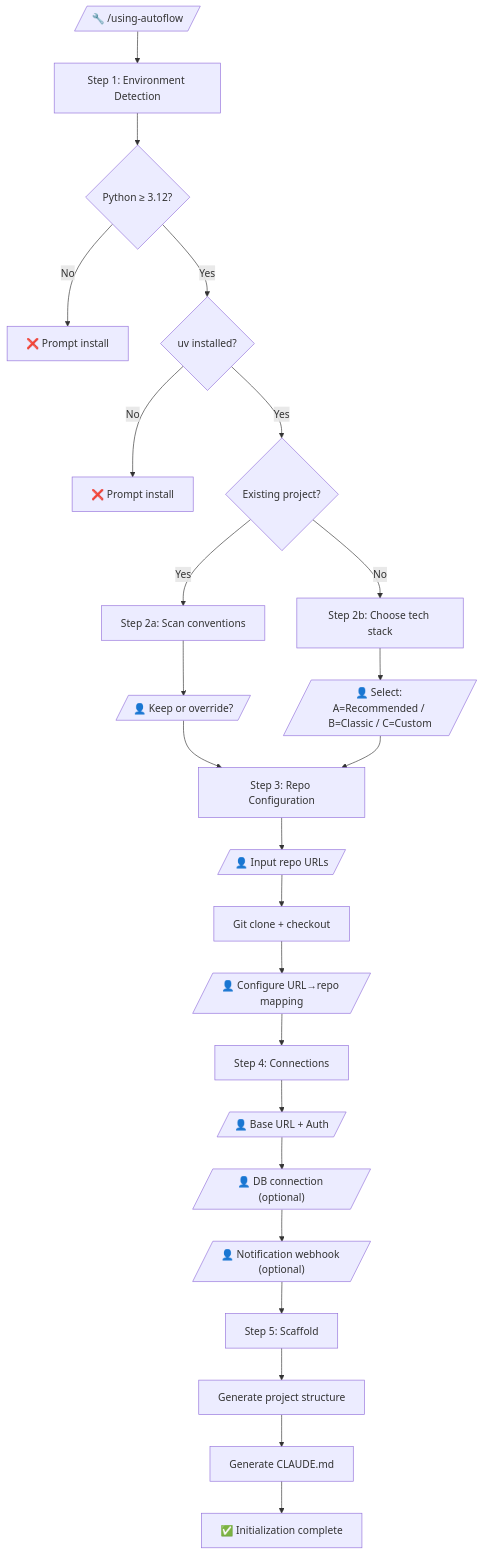
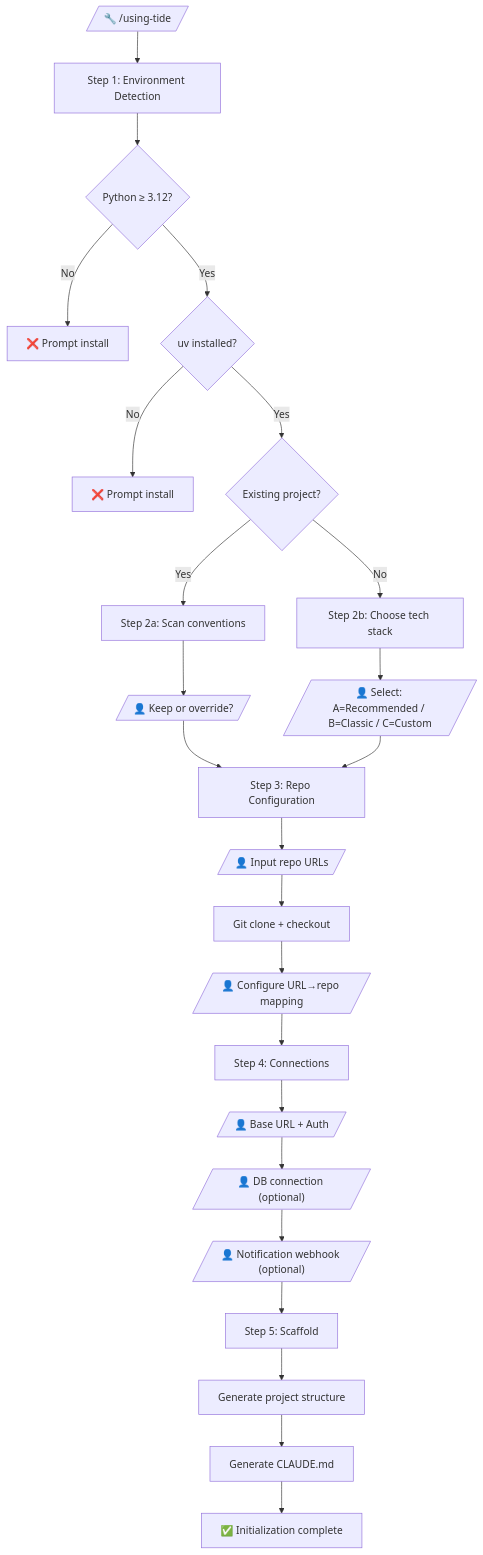
The third of 3 diagrams in docs/superpowers/specs/2026-04-06-autoflow-plugin-design.md (koco-co/tide), drawn with Mermaid before and after one commit. The commit also changed other lines of this file and 46 other files, not shown here.

First line of the commit message:
chore: 项目更名 sisyphus-autoflow → tide

````diff
--- a/docs/superpowers/specs/2026-04-06-autoflow-plugin-design.md
+++ b/docs/superpowers/specs/2026-04-06-autoflow-plugin-design.md
@@ -1006,28 +1006,28 @@
 ```mermaid
 graph TD
-    A[/"🔧 /using-autoflow"/] --> B["Step 1: Environment Detection"]
+    A[/"🔧 /using-tide"/] --> B["Step 1: Environment Detection"]
     B --> B1{Python ≥ 3.12?}
     B1 -->|No| B2["❌ Prompt install"]
     B1 -->|Yes| B3{uv installed?}
     B3 -->|No| B4["❌ Prompt install"]
     B3 -->|Yes| C
 
     C{Existing project?} -->|Yes| D["Step 2a: Scan conventions"]
     C -->|No| E["Step 2b: Choose tech stack"]
     D --> D1[/"👤 Keep or override?"/]
     E --> E1[/"👤 Select: A=Recommended / B=Classic / C=Custom"/]
 
     D1 --> F["Step 3: Repo Configuration"]
     E1 --> F
     F --> F1[/"👤 Input repo URLs"/]
     F1 --> F2["Git clone + checkout"]
     F2 --> F3[/"👤 Configure URL→repo mapping"/]
     F3 --> G["Step 4: Connections"]
     G --> G1[/"👤 Base URL + Auth"/]
     G1 --> G2[/"👤 DB connection (optional)"/]
     G2 --> G3[/"👤 Notification webhook (optional)"/]
     G3 --> H["Step 5: Scaffold"]
     H --> H1["Generate project structure"]
     H1 --> H2["Generate CLAUDE.md"]
     H2 --> H3["✅ Initialization complete"]
 ```
````
